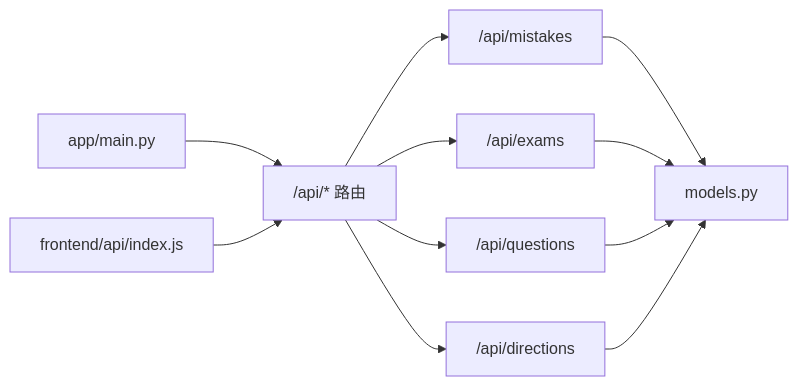
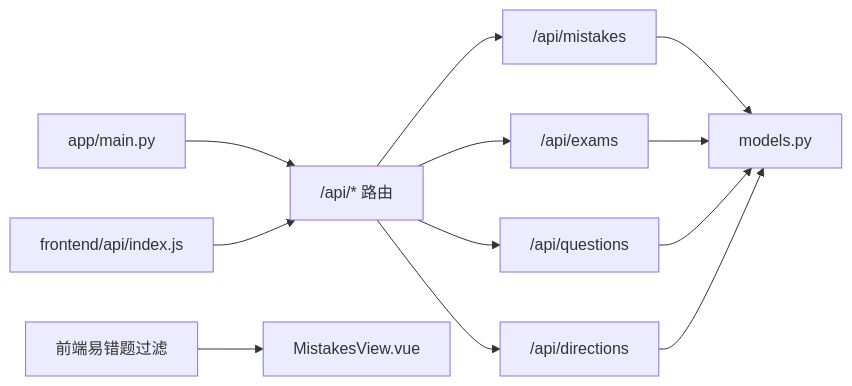
Before and after one commit to zhiwenli-jack/personal-learning-manager: the seventh of 7 diagrams in .qoder/repowiki/zh/content/前端应用架构/视图组件/错题管理组件.md, drawn with Mermaid. The commit also changed other lines of this file and 12 other files, not shown here.

````diff
--- a/.qoder/repowiki/zh/content/前端应用架构/视图组件/错题管理组件.md
+++ b/.qoder/repowiki/zh/content/前端应用架构/视图组件/错题管理组件.md
@@ -257,13 +283,14 @@
 ```mermaid
 graph LR
 MAIN["app/main.py"] --> ROUTE["/api/* 路由"]
 ROUTE --> MIST["/api/mistakes"]
 ROUTE --> EXAM["/api/exams"]
 ROUTE --> QUEST["/api/questions"]
 ROUTE --> DIR["/api/directions"]
 MIST --> MODELS["models.py"]
 EXAM --> MODELS
 QUEST --> MODELS
 DIR --> MODELS
 FEAPI["frontend/api/index.js"] --> ROUTE
+ERRORPRONE["前端易错题过滤"] --> FEVUE["MistakesView.vue"]
 ```
````
